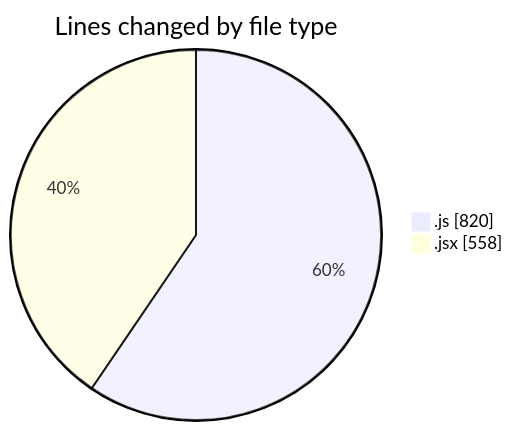
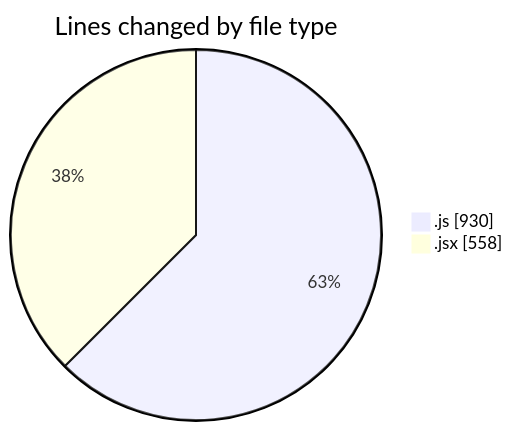
One commit to nxtqubesakshisongat/code-tracking changed the first of 2 diagrams in 2025-08-05/nxtqube_webapp/README.md. Above: the diagram before and after it, drawn with Mermaid. The commit also changed other lines of this file and 1 other file, not shown here.

````diff
--- a/2025-08-05/nxtqube_webapp/README.md
+++ b/2025-08-05/nxtqube_webapp/README.md
@@ -22,6 +22,6 @@
 ```mermaid
 pie showData
 title Lines changed by file type
-".js" : 820
+".js" : 930
 ".jsx" : 558
 ```
````
